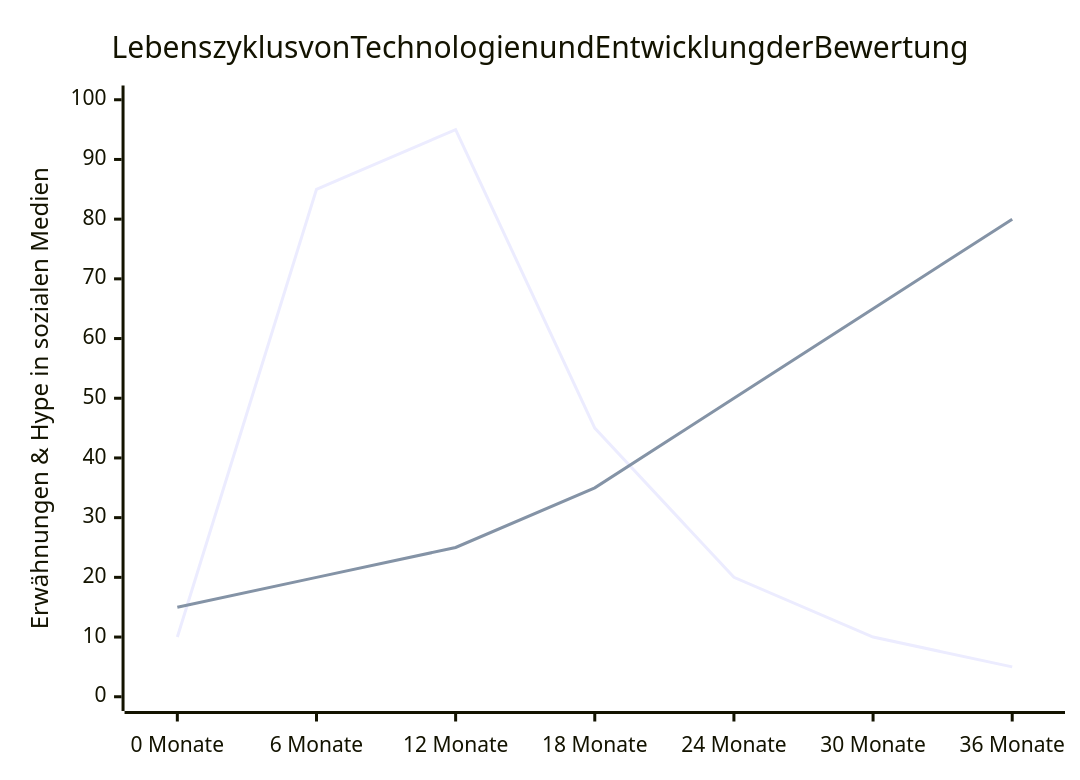
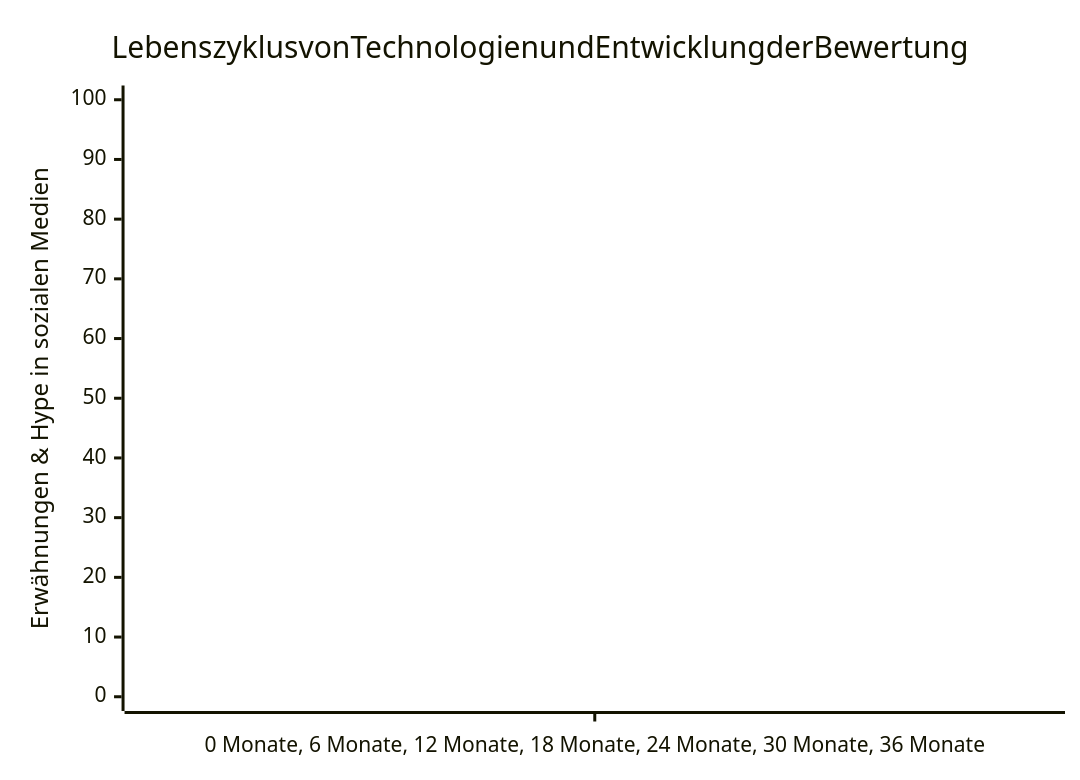
Before and after one commit to kenjinote/blog: the second of 2 diagrams in content/post/sns_algorithm/index.de.md, drawn with Mermaid. The commit also changed 573 other files, not shown here.

Commit message:
fix: Resolve Mermaid syntax errors caused by nested double quotes in node names

````diff
--- a/content/post/sns_algorithm/index.de.md
+++ b/content/post/sns_algorithm/index.de.md
@@ -122,8 +122,8 @@
 ```mermaid
 xychart-beta
     title Lebenszyklus von Technologien und Entwicklung der Bewertung
-    x-axis ["0 Monate", "6 Monate", "12 Monate", "18 Monate", "24 Monate", "30 Monate", "36 Monate"]
+    x-axis ["0 Monate, 6 Monate, 12 Monate, 18 Monate, 24 Monate, 30 Monate, 36 Monate"]
     y-axis "Erwähnungen & Hype in sozialen Medien" 0 --> 100
     line [10, 85, 95, 45, 20, 10, 5]
     line [15, 20, 25, 35, 50, 65, 80]
 ```
````
